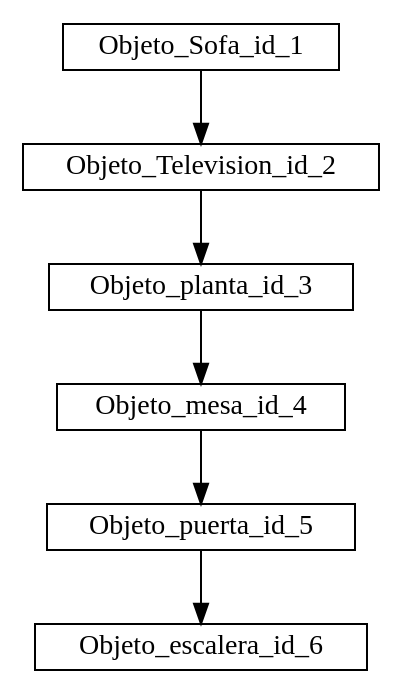
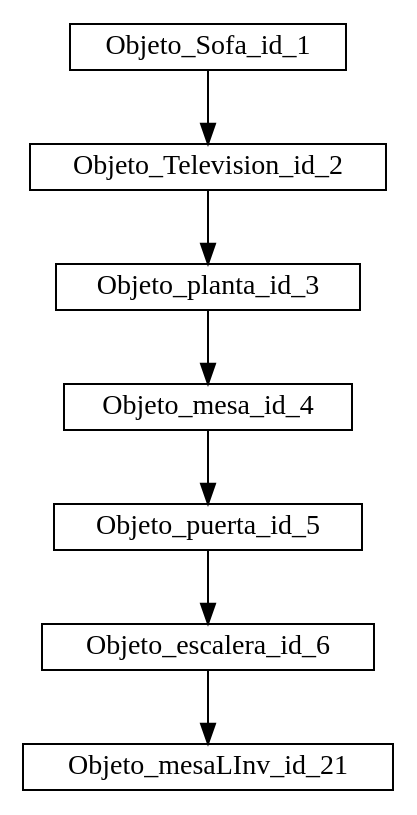
The diagram in build-EDD_Proyecto_1-Desktop_Qt_5_15_0_GCC_64bit-Debug/Proyecto1_Nivel_6_ABB.gv (olgt/Laboratorio_EDD_201612341), drawn with Graphviz before and after one commit. The commit also changed 44 other files, not shown here.

```diff
--- a/build-EDD_Proyecto_1-Desktop_Qt_5_15_0_GCC_64bit-Debug/Proyecto1_Nivel_6_ABB.gv
+++ b/build-EDD_Proyecto_1-Desktop_Qt_5_15_0_GCC_64bit-Debug/Proyecto1_Nivel_6_ABB.gv
@@ -1,9 +1,10 @@
 digraph G {
 rankdir = TB; 
 node [shape=record, width=.1, height=.1]; 
 Objeto_Sofa_id_1->Objeto_Television_id_2; 
 Objeto_Television_id_2->Objeto_planta_id_3; 
 Objeto_planta_id_3->Objeto_mesa_id_4; 
 Objeto_mesa_id_4->Objeto_puerta_id_5; 
 Objeto_puerta_id_5->Objeto_escalera_id_6; 
+Objeto_escalera_id_6->Objeto_mesaLInv_id_21; 
 }
```
